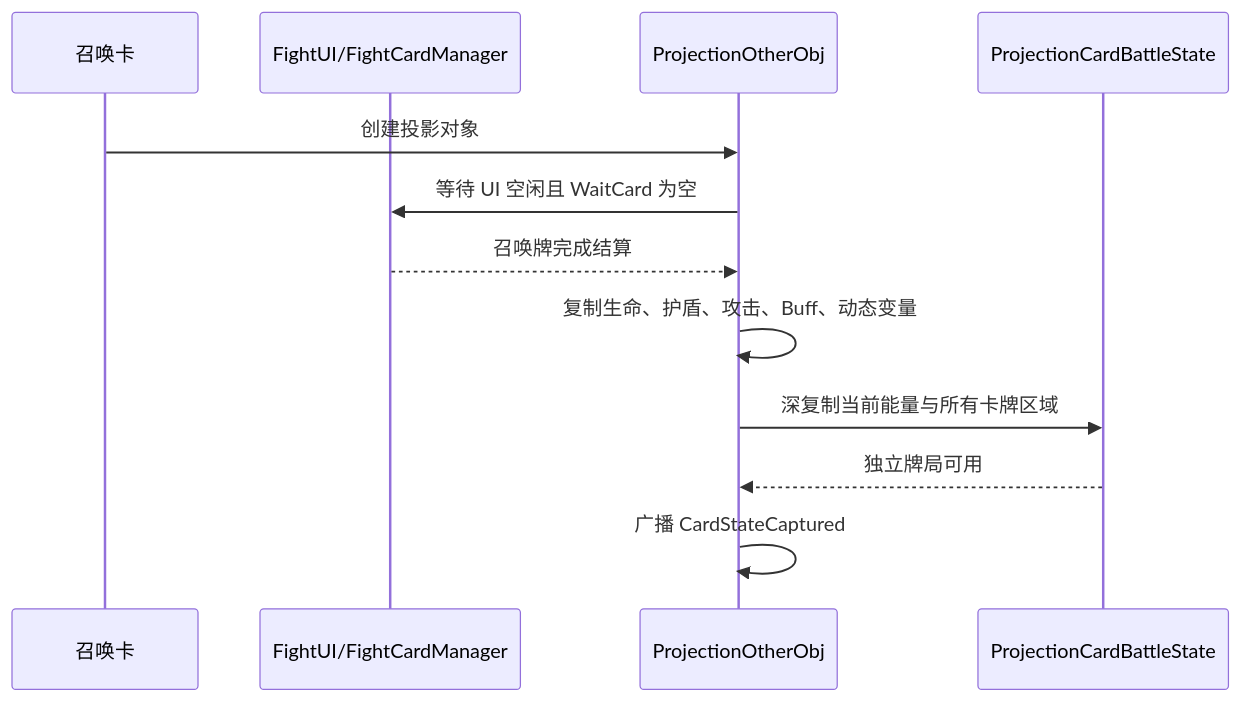
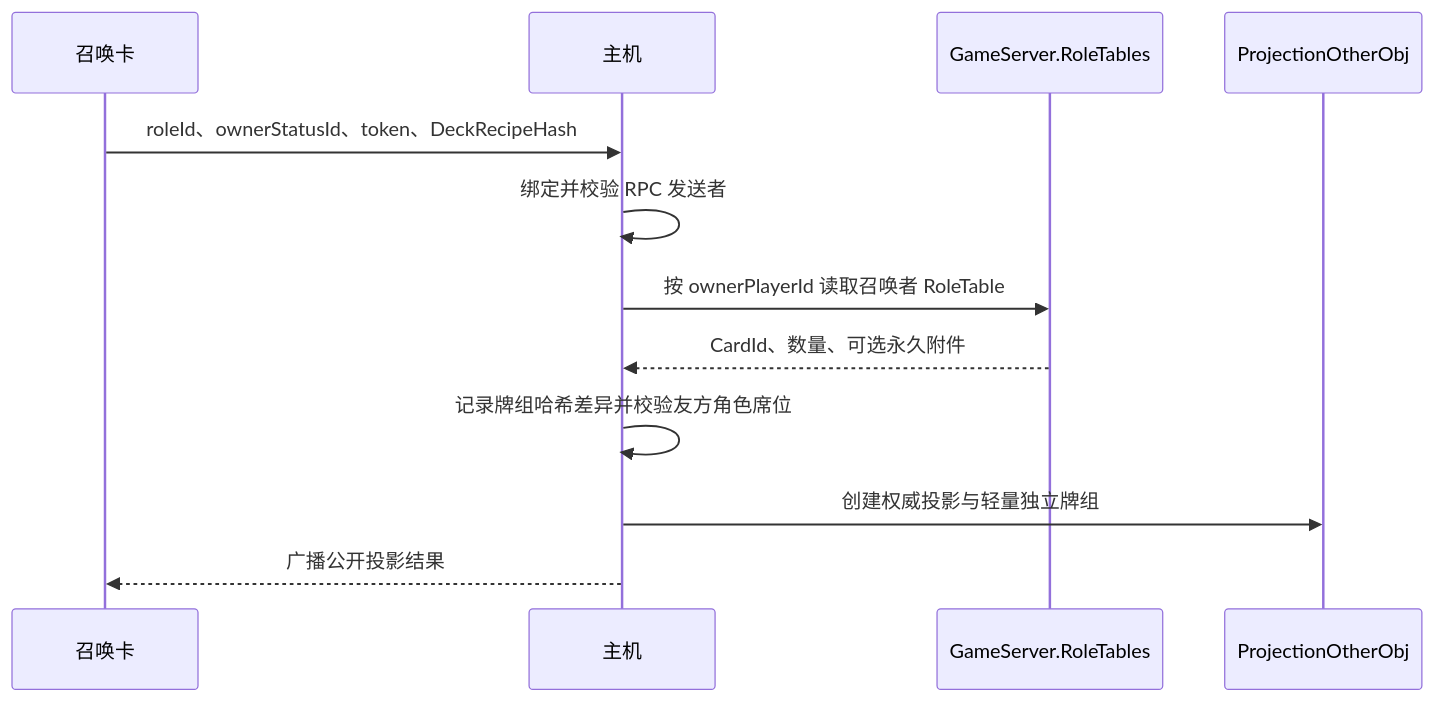
The third of 3 diagrams in docs/Terrias/modules/11-投影精灵与心变的Partner战斗流程.md (AuraKaliya/apocalyptic-journey-mod-SunExp), drawn with Mermaid before and after one commit. The commit also changed other lines of this file and 63 other files, not shown here.

````diff
--- a/docs/Terrias/modules/11-投影精灵与心变的Partner战斗流程.md
+++ b/docs/Terrias/modules/11-投影精灵与心变的Partner战斗流程.md
@@ -156,15 +155,15 @@
 ```mermaid
 sequenceDiagram
     participant Card as 召唤卡
-    participant Host as FightUI/FightCardManager
+    participant Host as 主机
+    participant Roles as GameServer.RoleTables
     participant Projection as ProjectionOtherObj
-    participant State as ProjectionCardBattleState
 
-    Card->>Projection: 创建投影对象
-    Projection->>Host: 等待 UI 空闲且 WaitCard 为空
-    Host-->>Projection: 召唤牌完成结算
-    Projection->>Projection: 复制生命、护盾、攻击、Buff、动态变量
-    Projection->>State: 深复制当前能量与所有卡牌区域
-    State-->>Projection: 独立牌局可用
-    Projection->>Projection: 广播 CardStateCaptured
+    Card->>Host: roleId、ownerStatusId、token、DeckRecipeHash
+    Host->>Host: 绑定并校验 RPC 发送者
+    Host->>Roles: 按 ownerPlayerId 读取召唤者 RoleTable
+    Roles-->>Host: CardId、数量、可选永久附件
+    Host->>Host: 记录牌组哈希差异并校验友方角色席位
+    Host->>Projection: 创建权威投影与轻量独立牌组
+    Host-->>Card: 广播公开投影结果
 ```
````
